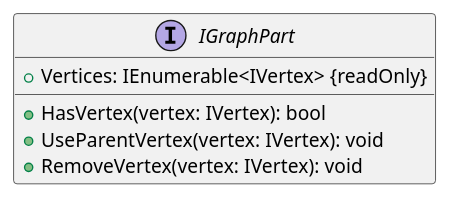
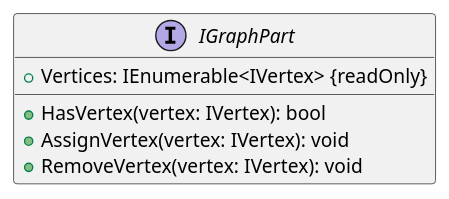
The diagram in presentation/architecture/puml/domain/IGraphPart.puml (Sergho/circuits), drawn with PlantUML before and after one commit. The commit also changed 10 other files, not shown here.

Commit message:
fix plantuml diagram

```diff
--- a/presentation/architecture/puml/domain/IGraphPart.puml
+++ b/presentation/architecture/puml/domain/IGraphPart.puml
@@ -1,11 +1,11 @@
 @startuml IGraphPart
 
 interface IGraphPart {
     + Vertices: IEnumerable<IVertex> {readOnly}
 
     + HasVertex(vertex: IVertex): bool
-    + UseParentVertex(vertex: IVertex): void
+    + AssignVertex(vertex: IVertex): void
     + RemoveVertex(vertex: IVertex): void
 }
 
 @enduml
```
